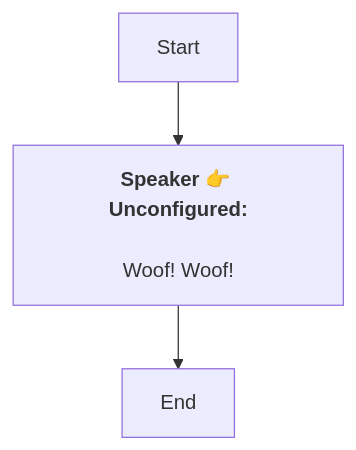
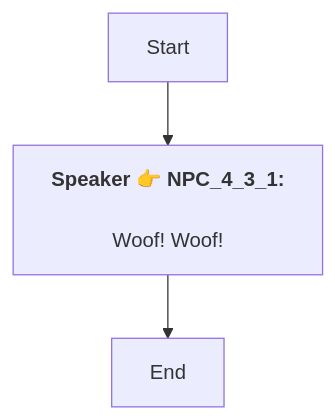
Before and after one commit to SoftHu/tos_avg: the diagram in En/QuestApproachDialogNode_1741804659846533.md, drawn with Mermaid. The commit also changed 737 other files, not shown here.

````diff
--- a/En/QuestApproachDialogNode_1741804659846533.md
+++ b/En/QuestApproachDialogNode_1741804659846533.md
@@ -1,8 +1,7 @@
 ```mermaid
 graph
-Start -->1741804697123208[<b>Speaker 👉 Unconfigured:</b>
-
-Woof! Woof!]
+Start -->1741804697123208[<b>Speaker 👉 NPC_4_3_1:</b>
+\nWoof! Woof!]
 1741804697123208 -->1741804712852873[End]
 
- ```
+```
````
